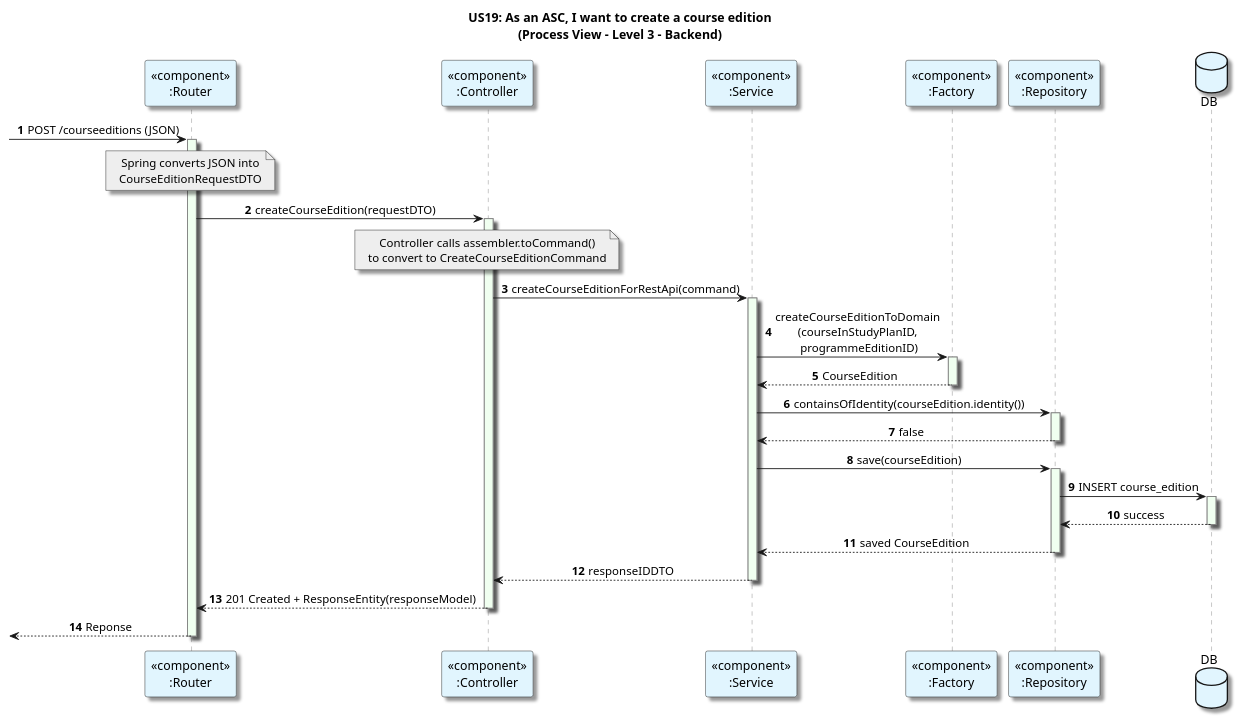
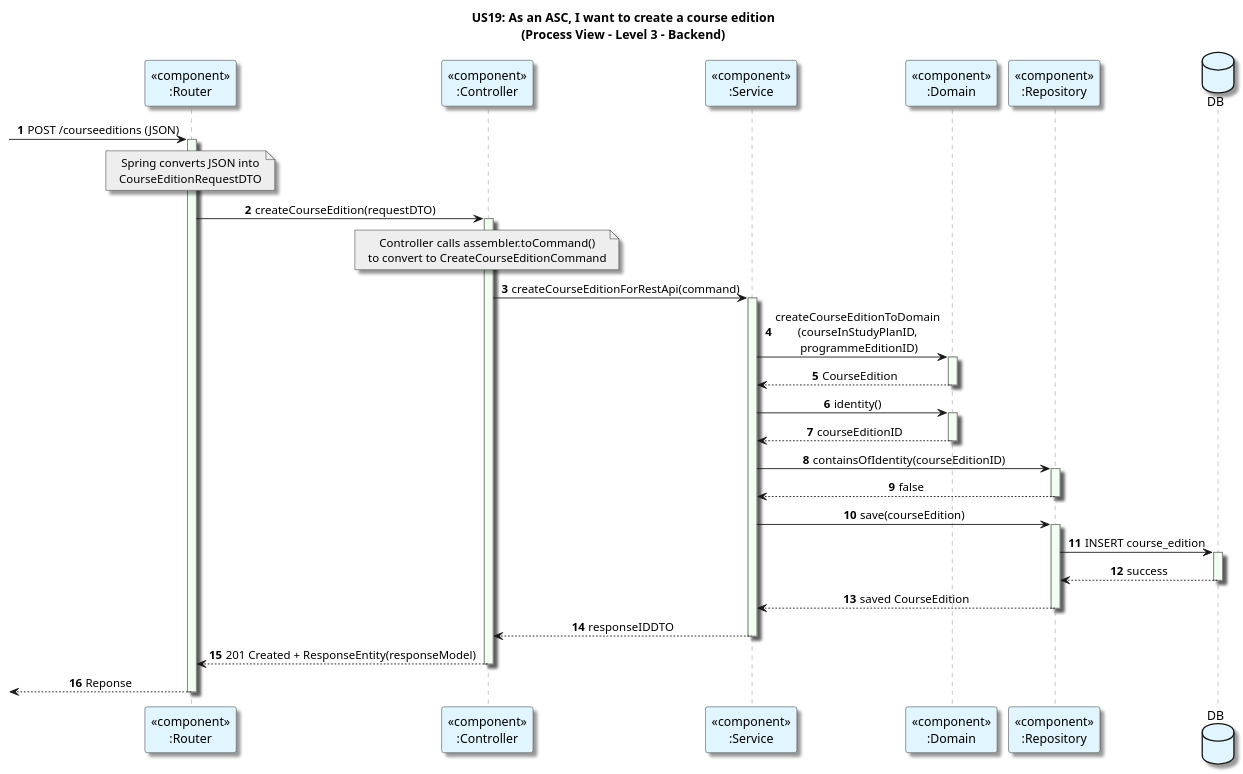
One commit to GasparISEP/DevOps-PAI changed the diagram in docs/US19/Sprint7_RestAPI/ProcessView/Level3Granularity.puml. Above: the diagram before and after it, drawn with PlantUML.

Commit message:
[docs]: update Level3Granularity.puml to replace Factory with Domain for course edition creation process #708 #710

```diff
--- a/docs/US19/Sprint7_RestAPI/ProcessView/Level3Granularity.puml
+++ b/docs/US19/Sprint7_RestAPI/ProcessView/Level3Granularity.puml
@@ -1,82 +1,85 @@
 @startuml
 title: US19: As an ASC, I want to create a course edition\n(Process View - Level 3 - Backend)
 autonumber
 
 skinparam {
   ActivityPadding 2
   ActivityMargin 2
   BoxPadding 2
 }
 skinparam sequence {
     LifeLineBorderColor Grey
     LifeLineBackgroundColor HoneyDew
 }
 skinparam defaultTextAlignment center
 skinparam shadowing true
 
 participant "<<component>>\n:Router" as Router #E1F5FE
 participant "<<component>>\n:Controller" as Controller #E1F5FE
 participant "<<component>>\n:Service" as Service #E1F5FE
-participant "<<component>>\n:Factory" as Factory #E1F5FE
+participant "<<component>>\n:Domain" as Domain #E1F5FE
 participant "<<component>>\n:Repository" as Repository #E1F5FE
 
 database DB as DB #E1F5FE
 
 -> Router: POST /courseeditions (JSON)
 activate Router
 note over Router #EEEEEE
 Spring converts JSON into
 CourseEditionRequestDTO
 end note
 Router -> Controller: createCourseEdition(requestDTO)
 activate Controller
 
 note over Controller #EEEEEE
 Controller calls assembler.toCommand()
 to convert to CreateCourseEditionCommand
 end note
 
 
 
 Controller -> Service: createCourseEditionForRestApi(command)
 activate Service
 
 
-Service -> Factory: createCourseEditionToDomain\n(courseInStudyPlanID,\n programmeEditionID)
-activate Factory
+Service -> Domain: createCourseEditionToDomain\n(courseInStudyPlanID,\n programmeEditionID)
+activate Domain
+Domain --> Service: CourseEdition
+deactivate Domain
+Service -> Domain: identity()
+activate Domain
+Domain --> Service: courseEditionID
+deactivate Domain
 
-Factory --> Service: CourseEdition
-deactivate Factory
-
-Service -> Repository: containsOfIdentity(courseEdition.identity())
+Service -> Repository: containsOfIdentity(courseEditionID)
 activate Repository
 Repository --> Service: false
 deactivate Repository
 
 Service -> Repository: save(courseEdition)
 activate Repository
 
 Repository -> DB: INSERT course_edition
 activate DB
 DB --> Repository: success
 deactivate DB
 
 Repository --> Service: saved CourseEdition
 deactivate Repository
 
 
 
 
     Service --> Controller: responseIDDTO
     deactivate Service
 
 
     Controller --> Router: 201 Created + ResponseEntity(responseModel)
 
 
 
 deactivate Controller
 
 <-- Router: Reponse
 deactivate Router
 @enduml
```
